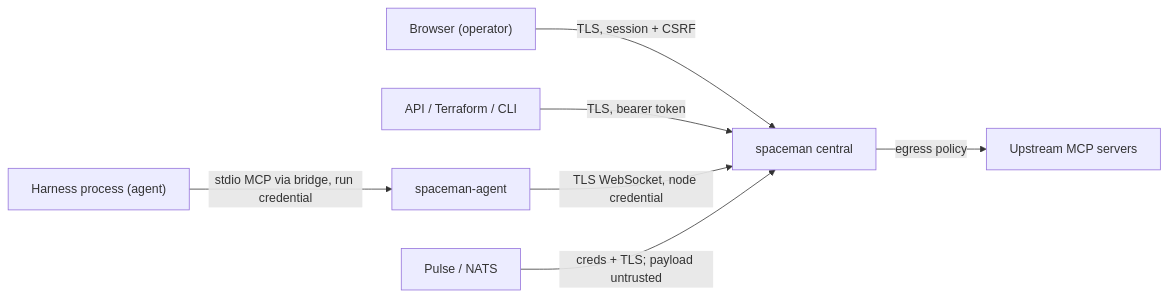
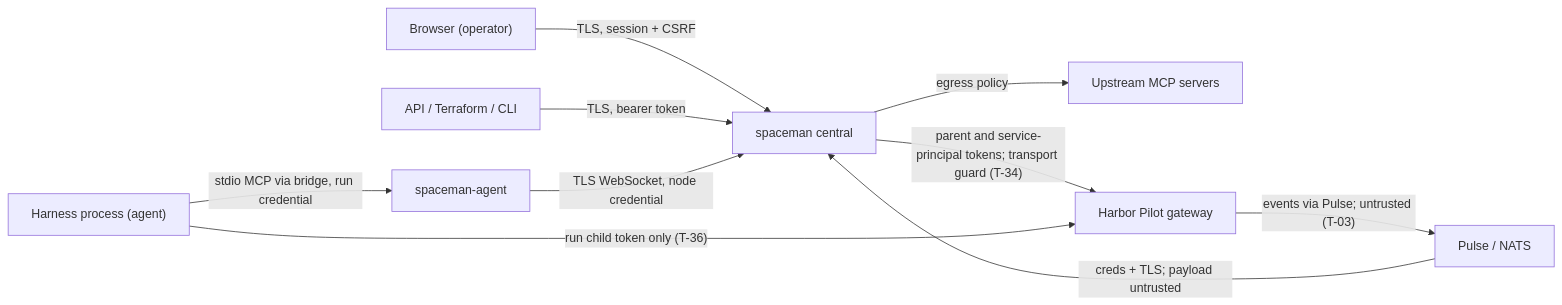
The diagram in docs/THREAT_MODEL.md (aurimasniekis/go-spaceman), drawn with Mermaid before and after one commit. The commit also changed other lines of this file and 11 other files, not shown here.

First line of the commit message:
docs: Harbor Pilot verification, threat model and release notes (HP-T8)

````diff
--- a/docs/THREAT_MODEL.md
+++ b/docs/THREAT_MODEL.md
@@ -57,9 +62,12 @@
 ```mermaid
 flowchart LR
   B["Browser (operator)"] -->|"TLS, session + CSRF"| C["spaceman central"]
   T["API / Terraform / CLI"] -->|"TLS, bearer token"| C
   N["spaceman-agent"] -->|"TLS WebSocket, node credential"| C
   A["Harness process (agent)"] -->|"stdio MCP via bridge, run credential"| N
   P["Pulse / NATS"] -->|"creds + TLS; payload untrusted"| C
   C -->|"egress policy"| U["Upstream MCP servers"]
+  C -->|"parent and service-principal tokens; transport guard (T-34)"| H["Harbor Pilot gateway"]
+  A -->|"run child token only (T-36)"| H
+  H -->|"events via Pulse; untrusted (T-03)"| P
 ```
````
